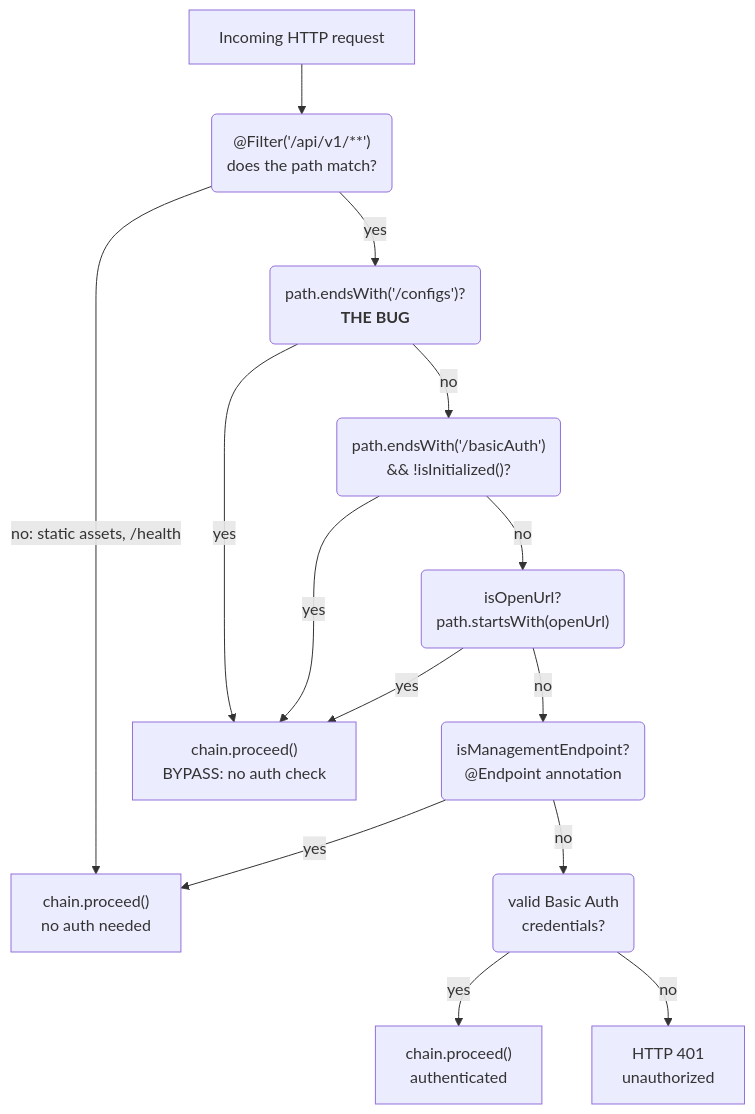
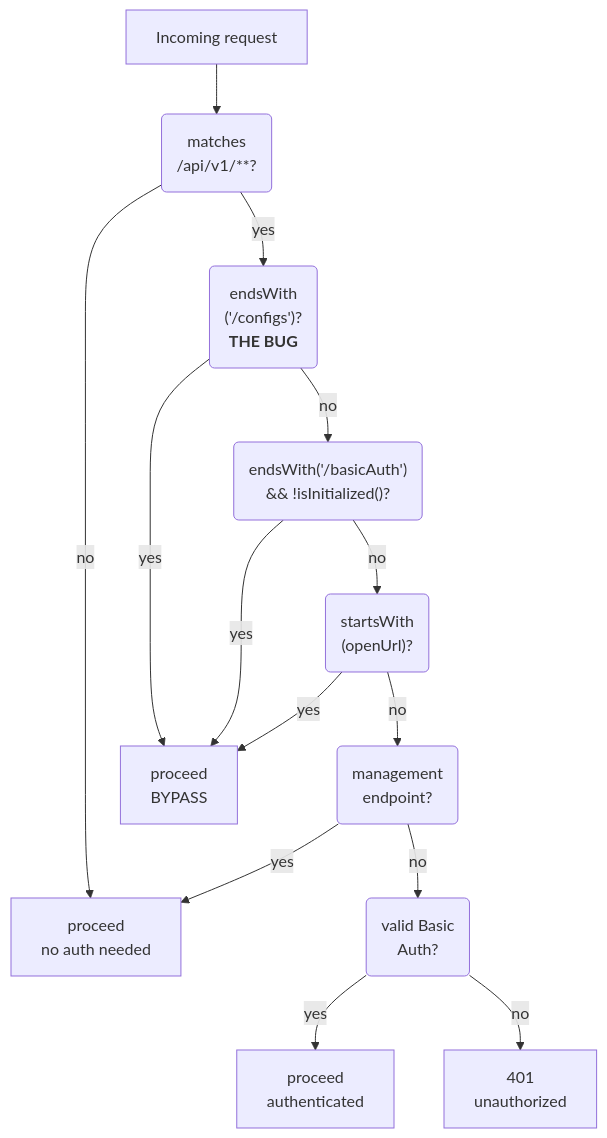
Before and after one commit to nithissh7/nithissh7.github.io: the first of 4 diagrams in src/content/blog/kestra-cve-2026-49869-auth-bypass-rce.md, drawn with Mermaid. The commit also changed other lines of this file and 6 other files, not shown here.

First line of the commit message:
Compact diagrams that fit inside the reading column

````diff
--- a/src/content/blog/kestra-cve-2026-49869-auth-bypass-rce.md
+++ b/src/content/blog/kestra-cve-2026-49869-auth-bypass-rce.md
@@ -158,19 +158,19 @@
 ```mermaid
 flowchart TD
-    A["Incoming HTTP request"] --> B("@Filter('/api/v1/**')<br/>does the path match?")
-    B -- "no: static assets, /health" --> C["chain.proceed()<br/>no auth needed"]
-    B -- yes --> D("path.endsWith('/configs')?<br/><b>THE BUG</b>")
-    D -- yes --> E["chain.proceed()<br/>BYPASS: no auth check"]
-    D -- no --> F("path.endsWith('/basicAuth')<br/>&& !isInitialized()?")
+    A["Incoming request"] --> B("matches<br/>/api/v1/**?")
+    B -- no --> C["proceed<br/>no auth needed"]
+    B -- yes --> D("endsWith<br/>('/configs')?<br/><b>THE BUG</b>")
+    D -- yes --> E["proceed<br/>BYPASS"]
+    D -- no --> F("endsWith('/basicAuth')<br/>&& !isInitialized()?")
     F -- yes --> E
-    F -- no --> G("isOpenUrl?<br/>path.startsWith(openUrl)")
+    F -- no --> G("startsWith<br/>(openUrl)?")
     G -- yes --> E
-    G -- no --> H("isManagementEndpoint?<br/>@Endpoint annotation")
+    G -- no --> H("management<br/>endpoint?")
     H -- yes --> C
-    H -- no --> I("valid Basic Auth<br/>credentials?")
-    I -- yes --> J["chain.proceed()<br/>authenticated"]
-    I -- no --> K["HTTP 401<br/>unauthorized"]
+    H -- no --> I("valid Basic<br/>Auth?")
+    I -- yes --> J["proceed<br/>authenticated"]
+    I -- no --> K["401<br/>unauthorized"]
 
     class D,E,K bug
     class J,C ok
 ```
````
